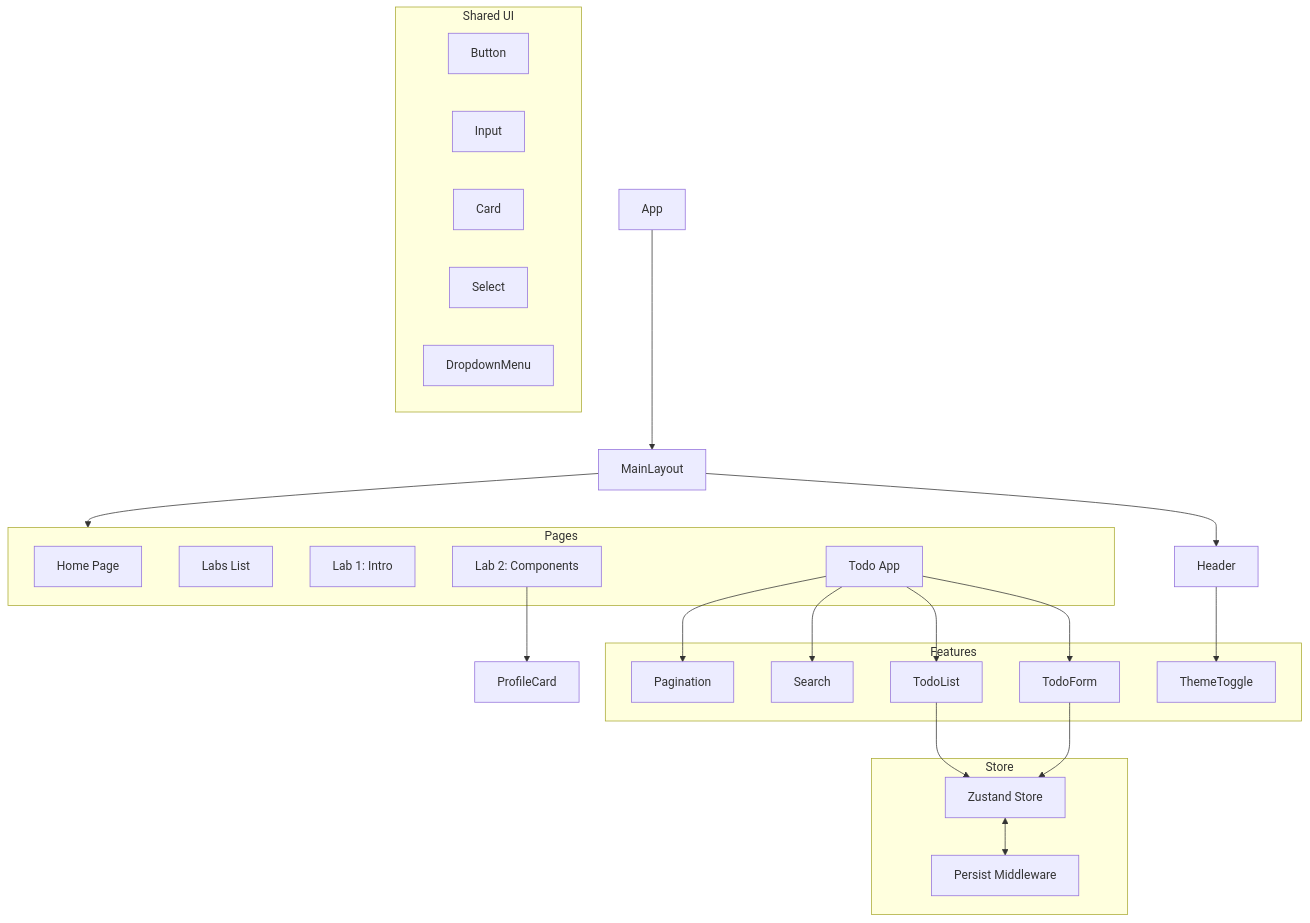
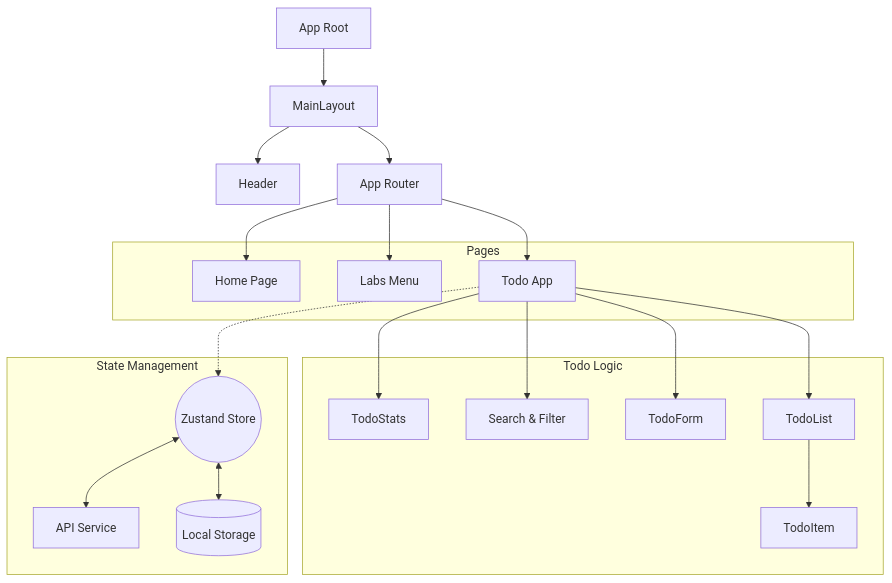
Before and after one commit to 100kgtrotila/react_final_proj_kn3: the diagram in README.md, drawn with Mermaid. The commit also changed other lines of this file, not shown here.

````diff
--- a/README.md
+++ b/README.md
@@ -13,41 +30,31 @@
 ```mermaid
 graph TD
-App[App] --> MainLayout[MainLayout]
-MainLayout --> Header[Header]
-MainLayout --> Pages
+App[App Root] --> MainLayout
+MainLayout --> Header
+MainLayout --> Router[App Router]
 
 subgraph Pages
     Home[Home Page]
-    Labs[Labs List]
-    Lab1[Lab 1: Intro]
-    Lab2[Lab 2: Components]
+    Labs[Labs Menu]
     TodoPage[Todo App]
 end
 
-subgraph Shared UI
-    Button
-    Input
-    Card
-    Select
-    DropdownMenu
+subgraph Features [Todo Logic]
+    TodoPage --> Stats[TodoStats]
+    TodoPage --> Controls[Search & Filter]
+    TodoPage --> Form[TodoForm]
+    TodoPage --> List[TodoList]
+    List --> Item[TodoItem]
 end
 
-subgraph Features
-    TodoForm
-    TodoList
-    Search
-    Pagination
-    ThemeToggle
+subgraph Store [State Management]
+    Zustand((Zustand Store))
+    API[API Service]
+    LocalStorage[(Local Storage)]
 end
 
-subgraph Store
-    Zustand[Zustand Store]
-    LocalStorage[Persist Middleware]
-end
-
-Lab2 --> ProfileCard
-Header --> ThemeToggle
-TodoPage --> TodoForm & TodoList & Search & Pagination
-TodoForm & TodoList --> Zustand
+Router --> Home & Labs & TodoPage
+TodoPage -.-> Zustand
+Zustand <--> API
 Zustand <--> LocalStorage
 ```
````
